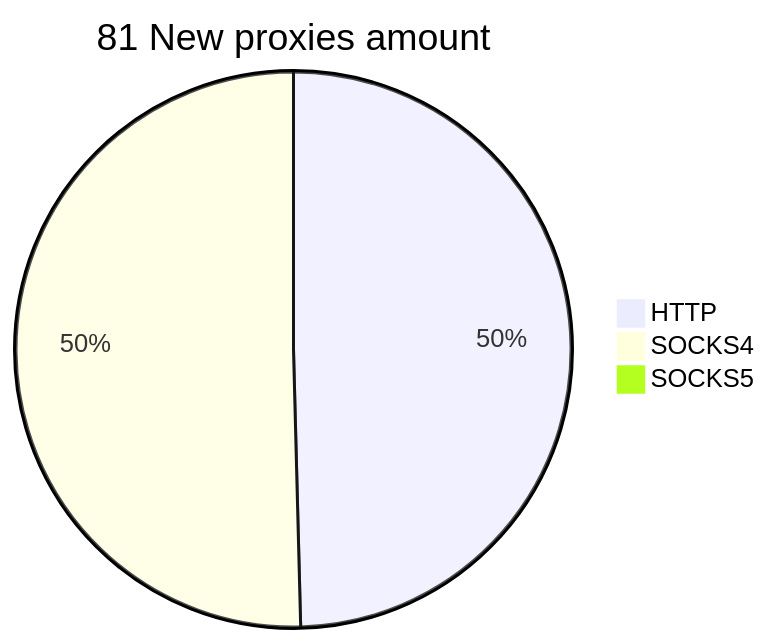
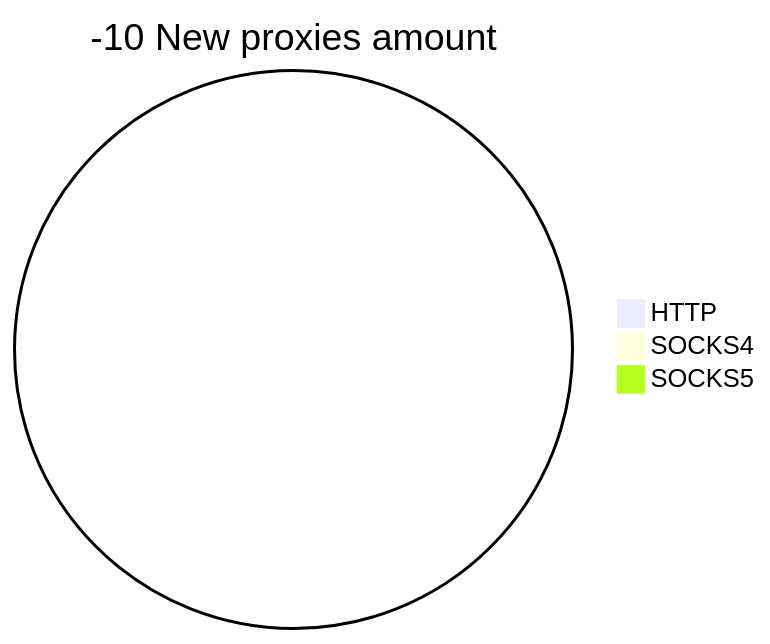
The second of 2 diagrams in README.md (cutipu/proxylist), drawn with Mermaid before and after one commit. The commit also changed other lines of this file, not shown here.

````diff
--- a/README.md
+++ b/README.md
@@ -10,6 +10,6 @@
 ```mermaid
-pie title 81 New proxies amount
-    "HTTP" : 60
-    "SOCKS4" : 61
+pie title -10 New proxies amount
+    "HTTP" : 0
+    "SOCKS4" : 0
     "SOCKS5" : 0
 ```
````
